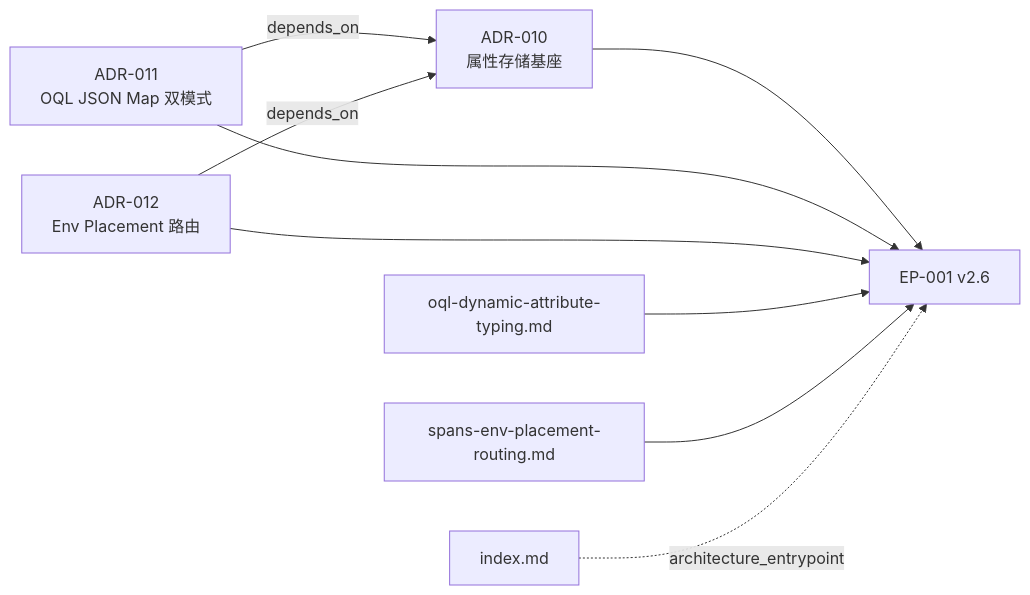
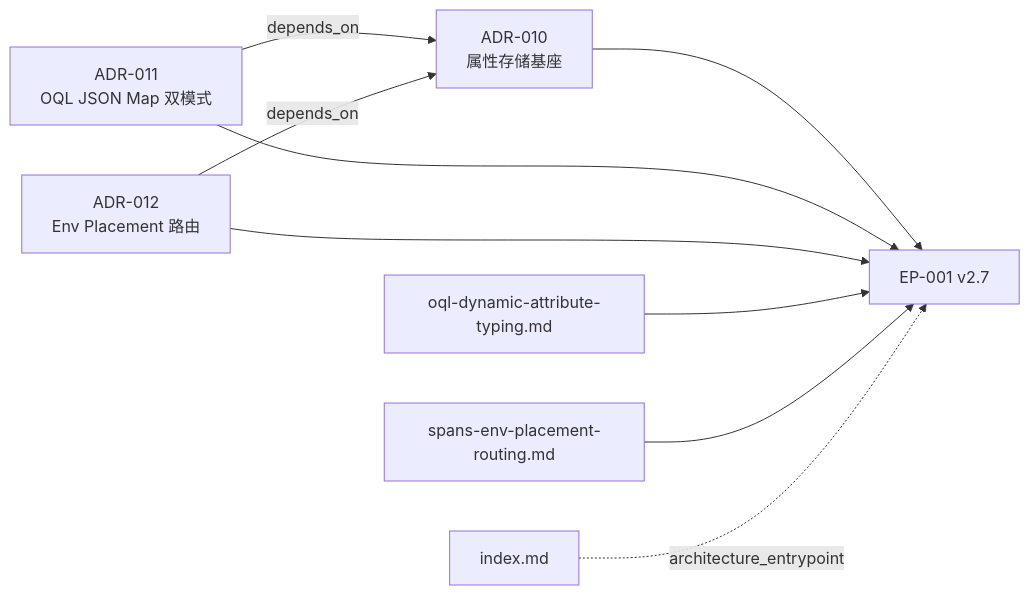
One commit to XiaoWeiKIN/RepoFoundryAI changed the diagram in engineering-execution-plan/examples/architecture-input-set/README.md. Above: the diagram before and after it, drawn with Mermaid. The commit also changed other lines of this file and 65 other files, not shown here.

````diff
--- a/engineering-execution-plan/examples/architecture-input-set/README.md
+++ b/engineering-execution-plan/examples/architecture-input-set/README.md
@@ -18,19 +18,19 @@
 ```mermaid
 flowchart LR
     A10["ADR-010<br/>属性存储基座"]
     A11["ADR-011<br/>OQL JSON Map 双模式"]
     A12["ADR-012<br/>Env Placement 路由"]
     D11["oql-dynamic-attribute-typing.md"]
     D12["spans-env-placement-routing.md"]
     IDX["index.md"]
-    EP["EP-001 v2.6"]
+    EP["EP-001 v2.7"]
 
     A11 -->|"depends_on"| A10
     A12 -->|"depends_on"| A10
     A10 --> EP
     A11 --> EP
     A12 --> EP
     D11 --> EP
     D12 --> EP
     IDX -.->|"architecture_entrypoint"| EP
 ```
````
